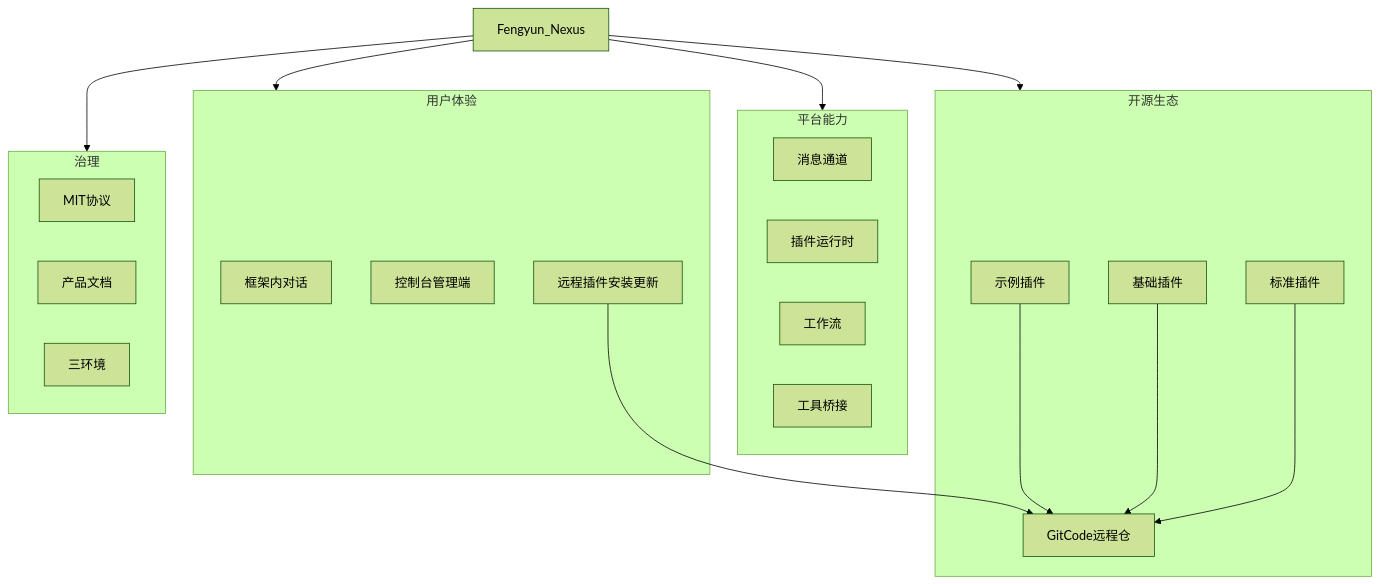
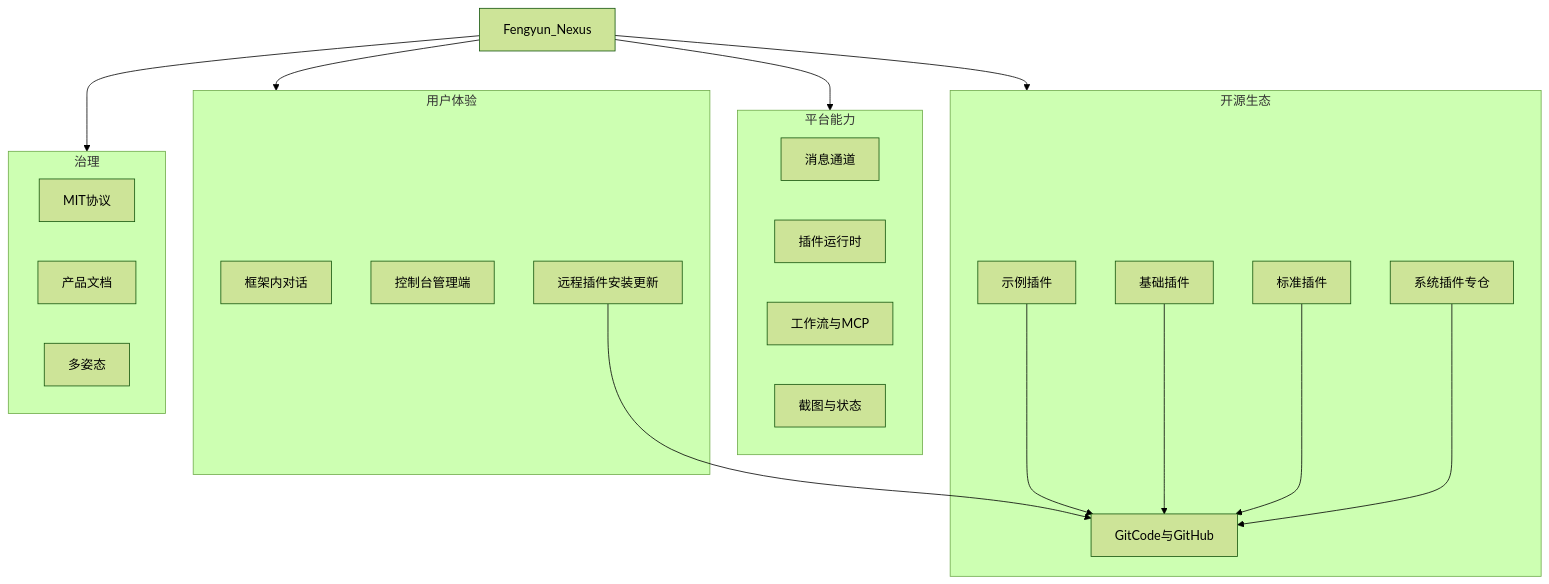
Before and after one commit to fengyun0608/Fengyun-Nexus: the diagram in docs/product/planning.md, drawn with Mermaid (forest theme). The commit also changed other lines of this file and 18 other files, not shown here.

````diff
--- a/docs/product/planning.md
+++ b/docs/product/planning.md
@@ -26,39 +26,41 @@
 ```mermaid
 flowchart TB
   product[Fengyun_Nexus]
 
   subgraph experience [用户体验]
     chat[框架内对话]
     console[控制台管理端]
     remoteUX[远程插件安装更新]
   end
 
   subgraph platform [平台能力]
     channels[消息通道]
     plugins[插件运行时]
-    flows[工作流]
-    tools[工具桥接]
+    flows[工作流与MCP]
+    shot[截图与状态]
   end
 
   subgraph ecosystem [开源生态]
     demo[示例插件]
     basic[基础插件]
     standard[标准插件]
-    registry[GitCode远程仓]
+    syspack[系统插件专仓]
+    registry[GitCode与GitHub]
   end
 
   subgraph governance [治理]
     mit[MIT协议]
     docs[产品文档]
-    envs[三环境]
+    envs[多姿态]
   end
 
   product --> experience
   product --> platform
   product --> ecosystem
   product --> governance
   remoteUX --> registry
   demo --> registry
   basic --> registry
   standard --> registry
+  syspack --> registry
 ```
````
